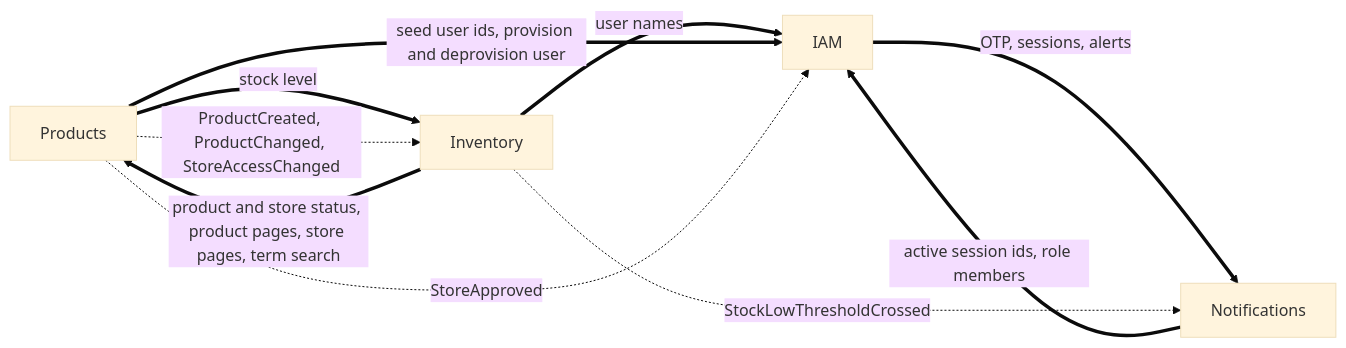
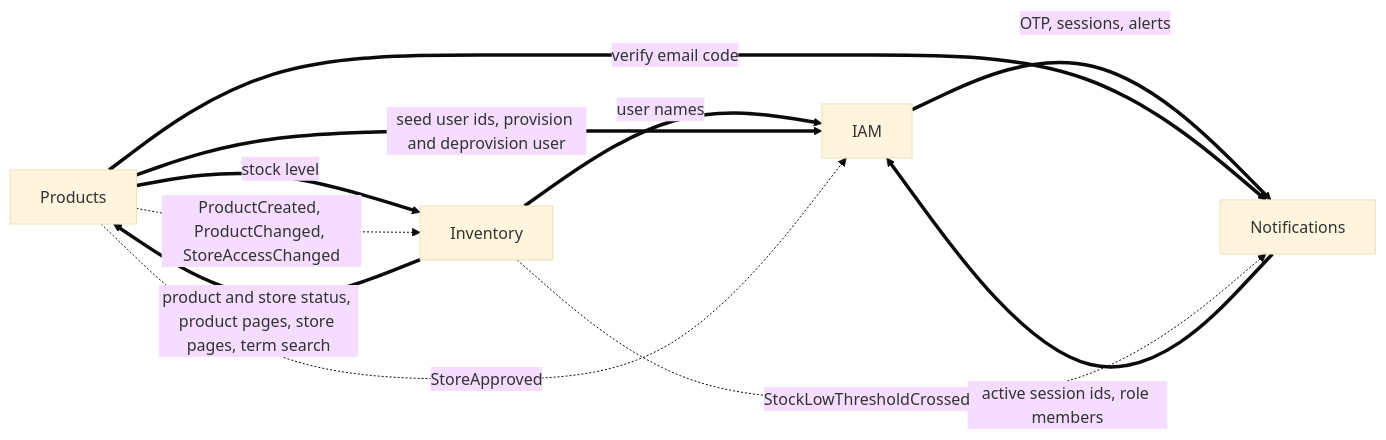
The diagram in docs/modules.md (baranacikgoz/modular-monolith-ddd-vsa-webapi), drawn with Mermaid (base theme) before and after one commit. The commit also changed other lines of this file, not shown here.

````diff
--- a/docs/modules.md
+++ b/docs/modules.md
@@ -22,12 +22,13 @@
 ```mermaid
 flowchart LR
     IAM ==>|"OTP, sessions, alerts"| NTF[Notifications]
     NTF ==>|"active session ids, role members"| IAM
     PRD[Products] ==>|"stock level"| INV[Inventory]
     INV ==>|"product and store status, product pages, store pages, term search"| PRD
     INV ==>|"user names"| IAM
     PRD ==>|"seed user ids, provision and deprovision user"| IAM
+    PRD ==>|"verify email code"| NTF
     PRD -.->|"ProductCreated, ProductChanged, StoreAccessChanged"| INV
     PRD -.->|"StoreApproved"| IAM
     INV -.->|"StockLowThresholdCrossed"| NTF
 ```
````
